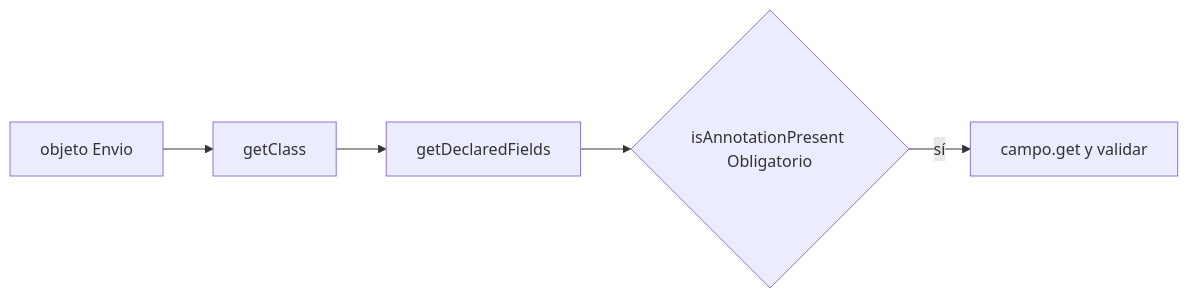
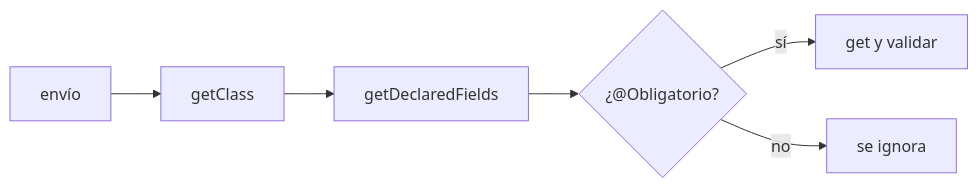
One commit to NICORUIZ93/The_Imperial_Book changed the first of 7 diagrams in web/public/content/java/modulo-19.md. Above: the diagram before and after it, drawn with Mermaid. The commit also changed other lines of this file and 22 other files, not shown here.

First line of the commit message:
fix(diagrams): corregir decisiones sin rama y duplicados genéricos

````diff
--- a/web/public/content/java/modulo-19.md
+++ b/web/public/content/java/modulo-19.md
@@ -21,7 +21,8 @@
 ```mermaid
 flowchart LR
-    O[objeto Envio] --> C[getClass]
+    O[envío] --> C[getClass]
     C --> F[getDeclaredFields]
-    F --> A{isAnnotationPresent Obligatorio}
-    A -- sí --> V[campo.get y validar]
+    F --> A{"¿@Obligatorio?"}
+    A -- "sí" --> V[get y validar]
+    A -- "no" --> Z[se ignora]
 ```
````
